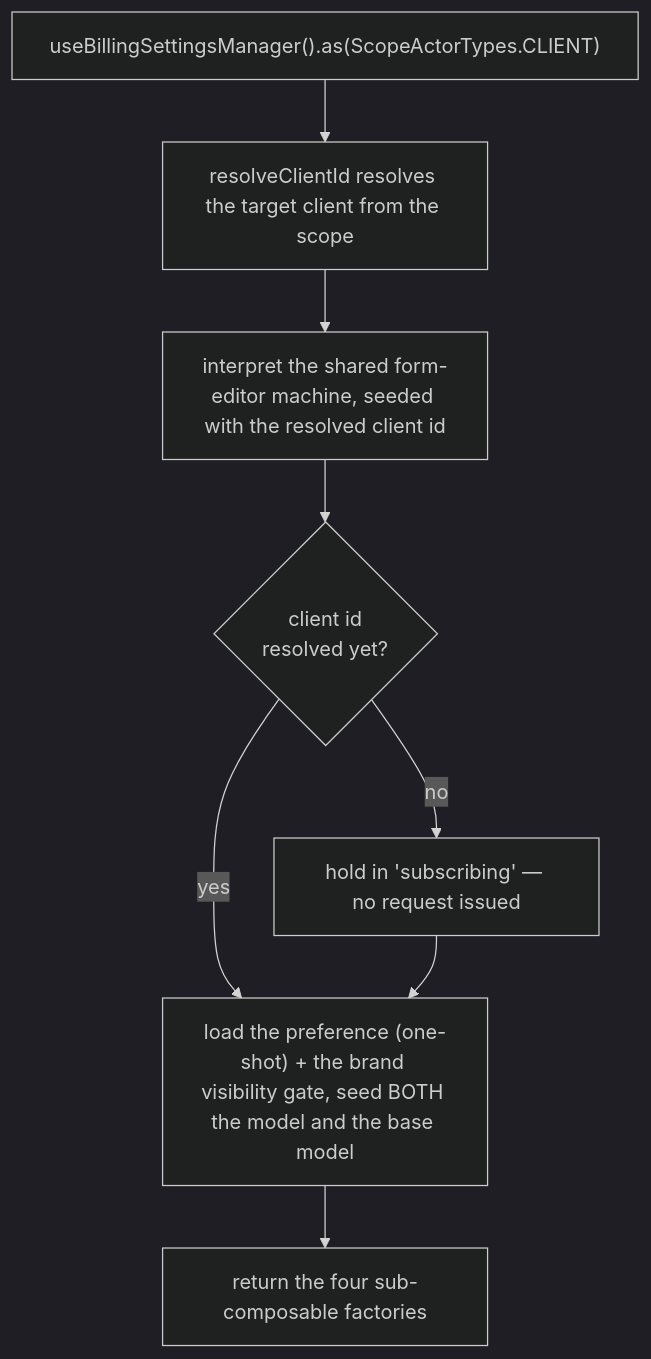
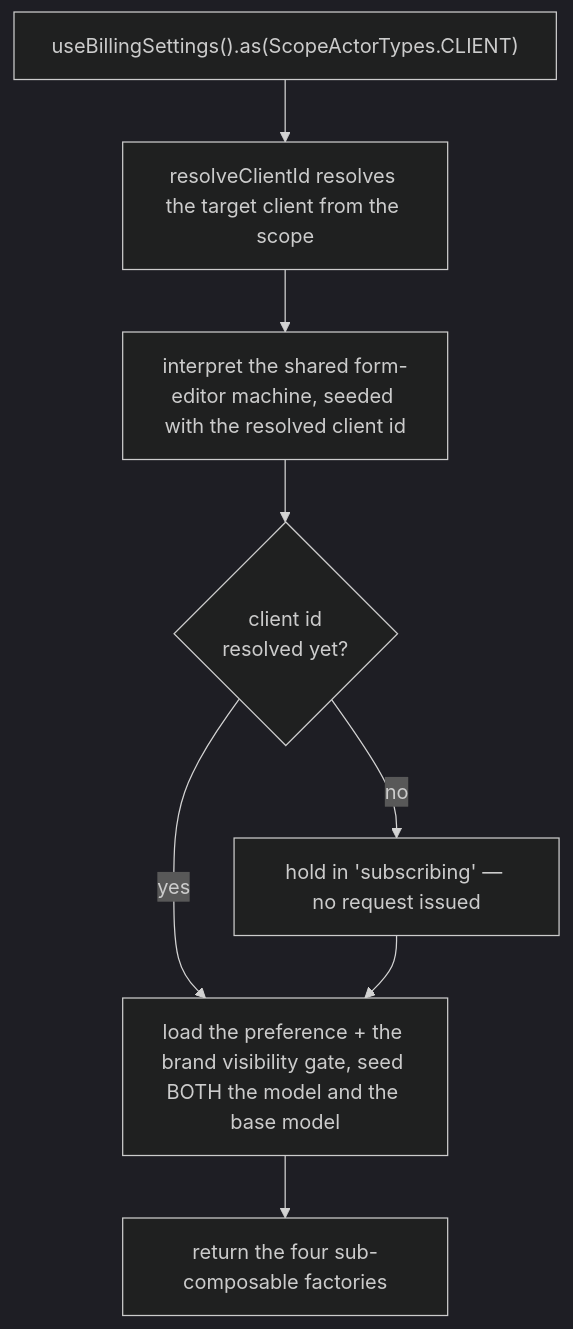
The first of 3 diagrams in packages/headless/src/modules/client-billing-settings/docs/architecture.md (upmind/upmind-ui), drawn with Mermaid (dark theme) before and after one commit. The commit also changed other lines of this file and 806 other files, not shown here.

````diff
--- a/packages/headless/src/modules/client-billing-settings/docs/architecture.md
+++ b/packages/headless/src/modules/client-billing-settings/docs/architecture.md
@@ -33,10 +15,10 @@
 ```mermaid
 flowchart TD
-  call["useBillingSettingsManager().as(ScopeActorTypes.CLIENT)"] --> resolve["resolveClientId resolves the target client from the scope"]
+  call["useBillingSettings().as(ScopeActorTypes.CLIENT)"] --> resolve["resolveClientId resolves the target client from the scope"]
   resolve --> interpret["interpret the shared form-editor machine, seeded with the resolved client id"]
   interpret --> gate{"client id<br/>resolved yet?"}
   gate -- no --> wait["hold in 'subscribing' — no request issued"]
-  gate -- yes --> load["load the preference (one-shot) + the brand visibility gate, seed BOTH the model and the base model"]
+  gate -- yes --> load["load the preference + the brand visibility gate, seed BOTH the model and the base model"]
   wait --> load
   load --> ready["return the four sub-composable factories"]
 ```
````
